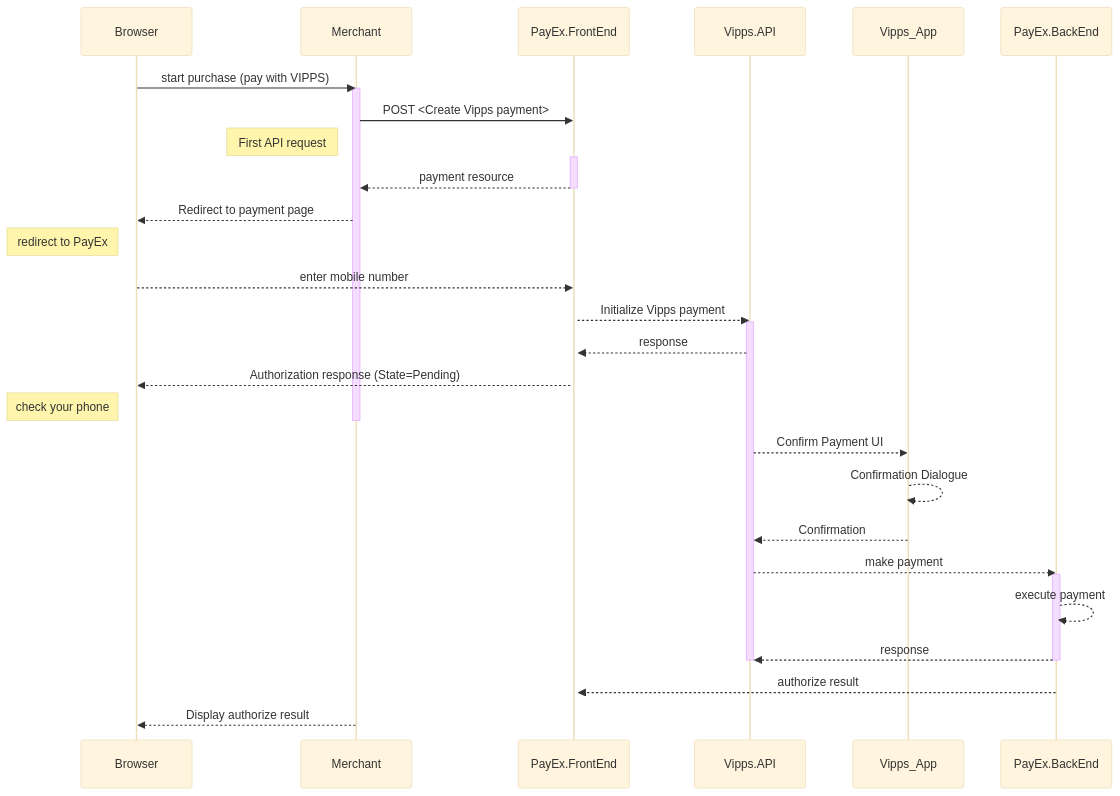
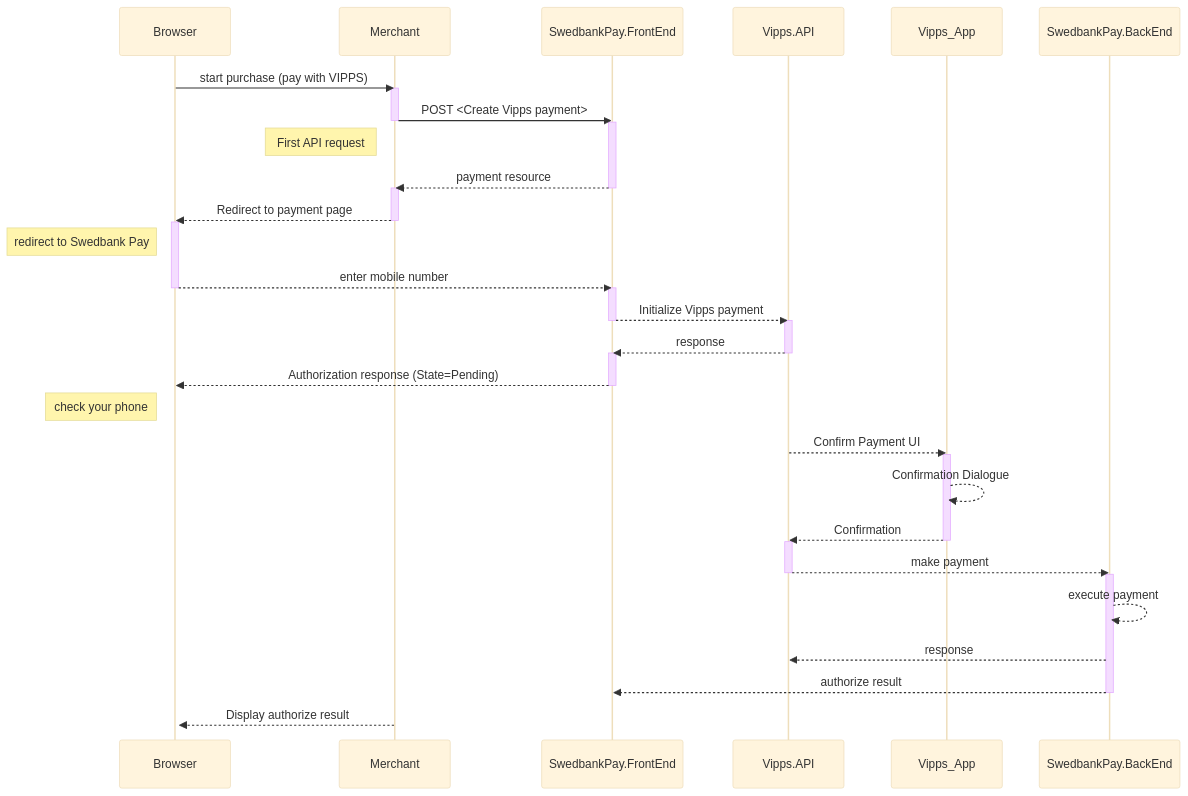
The diagram in payments/vipps/seamless-view.md (SwedbankPay/developer.swedbankpay.com), drawn with Mermaid (base theme) before and after one commit. The commit also changed other lines of this file, not shown here.

Commit message:
DX-491 Edited jumbotron and moved existing jumbotron info into introduction. Moved purchase flow closer to the top and fixed activation in the diagram.

````diff
--- a/payments/vipps/seamless-view.md
+++ b/payments/vipps/seamless-view.md
@@ -92,34 +54,35 @@
 ```mermaid
 sequenceDiagram
-  Browser->>Merchant: start purchase (pay with VIPPS)
-  activate Merchant
+    Browser->>Merchant: start purchase (pay with VIPPS)
+    activate Merchant
+    Merchant->>-SwedbankPay.FrontEnd: POST <Create  Vipps payment>
+    activate SwedbankPay.FrontEnd
+    note left of Merchant: First API request
+    SwedbankPay.FrontEnd-->>-Merchant: payment resource
+    activate Merchant
+    Merchant-->>-Browser: Redirect to payment page
+    activate Browser
+    note left of Browser:redirect to Swedbank Pay
+    Browser-->>-SwedbankPay.FrontEnd: enter mobile number
+    activate SwedbankPay.FrontEnd
 
-  Merchant->>PayEx.FrontEnd: POST <Create  Vipps payment>
-  note left of Merchant: First API request
-  activate PayEx.FrontEnd
-  PayEx.FrontEnd-->>Merchant: payment resource
-  deactivate PayEx.FrontEnd
-  Merchant-->>Browser: Redirect to payment page
-  note left of Browser:redirect to PayEx
-  Browser-->>PayEx.FrontEnd: enter mobile number
-  activate PayEx.FrontEnd
+    SwedbankPay.FrontEnd-->>-Vipps.API: Initialize Vipps payment
+    activate Vipps.API
+    Vipps.API-->>-SwedbankPay.FrontEnd: response
+    activate SwedbankPay.FrontEnd
+    SwedbankPay.FrontEnd-->>-Browser: Authorization response (State=Pending)
+    activate Browser
+    note left of Browser: check your phone
 
-  PayEx.FrontEnd-->>Vipps.API: Initialize Vipps payment
-  activate Vipps.API
-  Vipps.API-->>PayEx.FrontEnd: response
-  PayEx.FrontEnd-->>Browser: Authorization response (State=Pending)
-  note left of Browser: check your phone
-  deactivate Merchant
-
-  Vipps.API-->>Vipps_App: Confirm Payment UI
-  Vipps_App-->>Vipps_App: Confirmation Dialogue
-  Vipps_App-->>Vipps.API: Confirmation
-  Vipps.API-->>PayEx.BackEnd: make payment
-  activate PayEx.BackEnd
-  PayEx.BackEnd-->>PayEx.BackEnd: execute payment
-  PayEx.BackEnd-->>Vipps.API: response
-  deactivate PayEx.BackEnd
-  deactivate Vipps.API
-  PayEx.BackEnd-->>PayEx.FrontEnd: authorize result
-  Merchant-->>Browser: Display authorize result
+    Vipps.API-->>Vipps_App: Confirm Payment UI
+    activate Vipps_App
+    Vipps_App-->>Vipps_App: Confirmation Dialogue
+    Vipps_App-->>-Vipps.API: Confirmation
+    activate Vipps.API
+    Vipps.API-->>-SwedbankPay.BackEnd: make payment
+    activate SwedbankPay.BackEnd
+    SwedbankPay.BackEnd-->>SwedbankPay.BackEnd: execute payment
+    SwedbankPay.BackEnd-->>Vipps.API: response
+    SwedbankPay.BackEnd-->>-SwedbankPay.FrontEnd: authorize result
+    Merchant-->>Browser: Display authorize result
 ```
````
